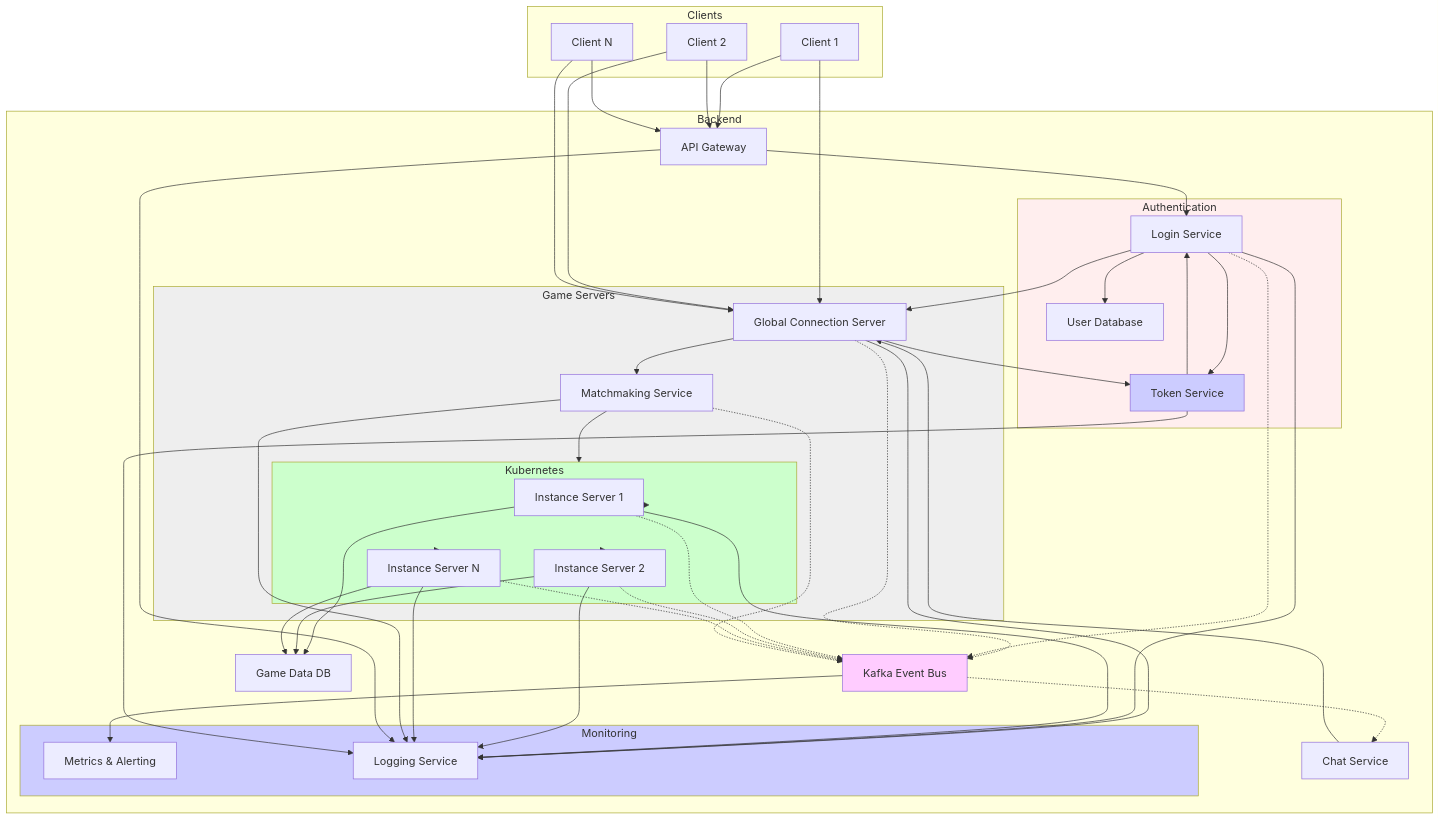
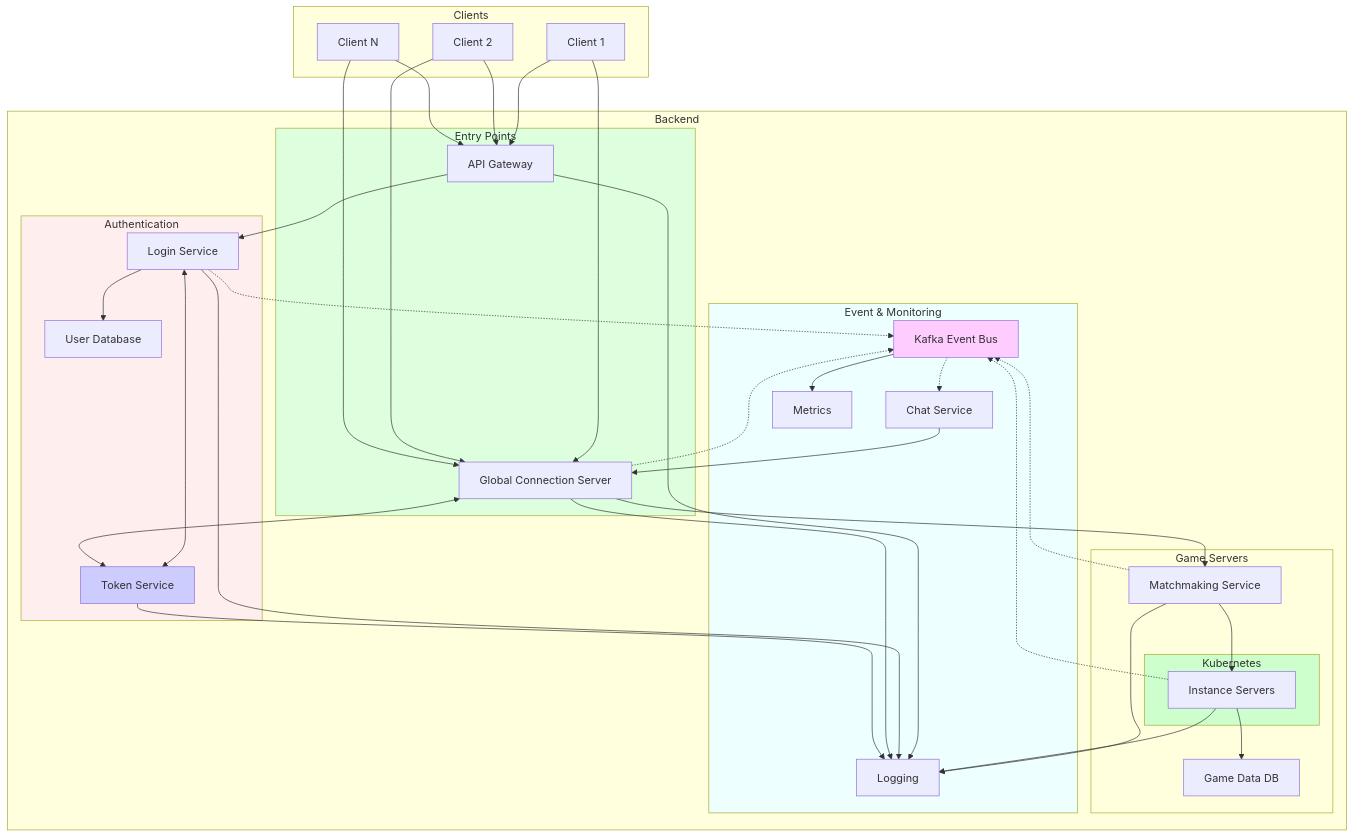
One commit to jasongoodwin/game-backend-rs changed the diagram in README.md. Above: the diagram before and after it, drawn with Mermaid.

````diff
--- a/README.md
+++ b/README.md
@@ -3,75 +3,68 @@
 ``` mermaid
 graph TB
     subgraph Clients
         C1[Client 1]
         C2[Client 2]
         C3[Client N]
     end
 
     subgraph Backend
+        subgraph EntryPoint[Entry Points]
+            AG[API Gateway]
+            GCS[Global Connection Server]
+        end
+
         subgraph Auth[Authentication]
             LS[Login Service]
             DB[User Database]
             TS[Token Service]
         end
 
         subgraph GameServers[Game Servers]
-            GCS[Global Connection Server]
             MS[Matchmaking Service]
             subgraph K8S[Kubernetes]
-                IS1[Instance Server 1]
-                IS2[Instance Server 2]
-                ISN[Instance Server N]
+                IS[Instance Servers]
             end
+            GD[Game Data DB]
         end
-        AG[API Gateway]
-        K[Kafka Event Bus]
-        CS[Chat Service]
-        GD[Game Data DB]
 
-        subgraph Monitoring
-            M[Metrics & Alerting]
-            L[Logging Service]
+        subgraph EventSystem[Event & Monitoring]
+            K[Kafka Event Bus]
+            CS[Chat Service]
+            M[Metrics]
+            L[Logging]
         end
     end
 
-    %% Authentication flow
+    %% Main flows
     C1 & C2 & C3 --> AG
+    C1 & C2 & C3 --> GCS
+    
+    %% Auth flow
     AG --> LS
     LS --> DB
-    LS --> TS
-    TS --> LS
-    LS --> GCS
-    GCS --> TS
+    LS <--> TS
+    GCS <--> TS
+    
+    %% Game flow
+    GCS --> MS
+    MS --> IS
+    IS --> GD
 
-    %% Game server connections
-    C1 & C2 & C3 --> GCS
-    GCS --> MS
-    MS --> K8S
-    IS1 & IS2 & ISN --> GD
-    K8S --> IS1 & IS2 & ISN
-    
-
-    %% Event system (for Monitoring)
-    GCS -.-> K
-    LS -.-> K
-    IS1 & IS2 & ISN -.-> K
-    MS -.-> K
+    %% Event system
+    GCS & LS & MS & IS -.-> K
     K -.-> CS
     CS --> GCS
     K --> M
-    GCS --> L
-    LS --> L
-    IS1 & IS2 & ISN --> L
-    MS --> L
-    AG --> L
-    TS --> L
+
+    %% Logging
+    AG & LS & GCS & MS & IS & TS --> L
 
     %% Styling
     style TS fill:#ccf
     style K fill:#fcf
     style K8S fill:#cfc
-    style GameServers fill:#eee
     style Auth fill:#fee
-    style Monitoring fill:#ccf
+    style EntryPoint fill:#dfd
+    style EventSystem fill:#eff
 ```
````
